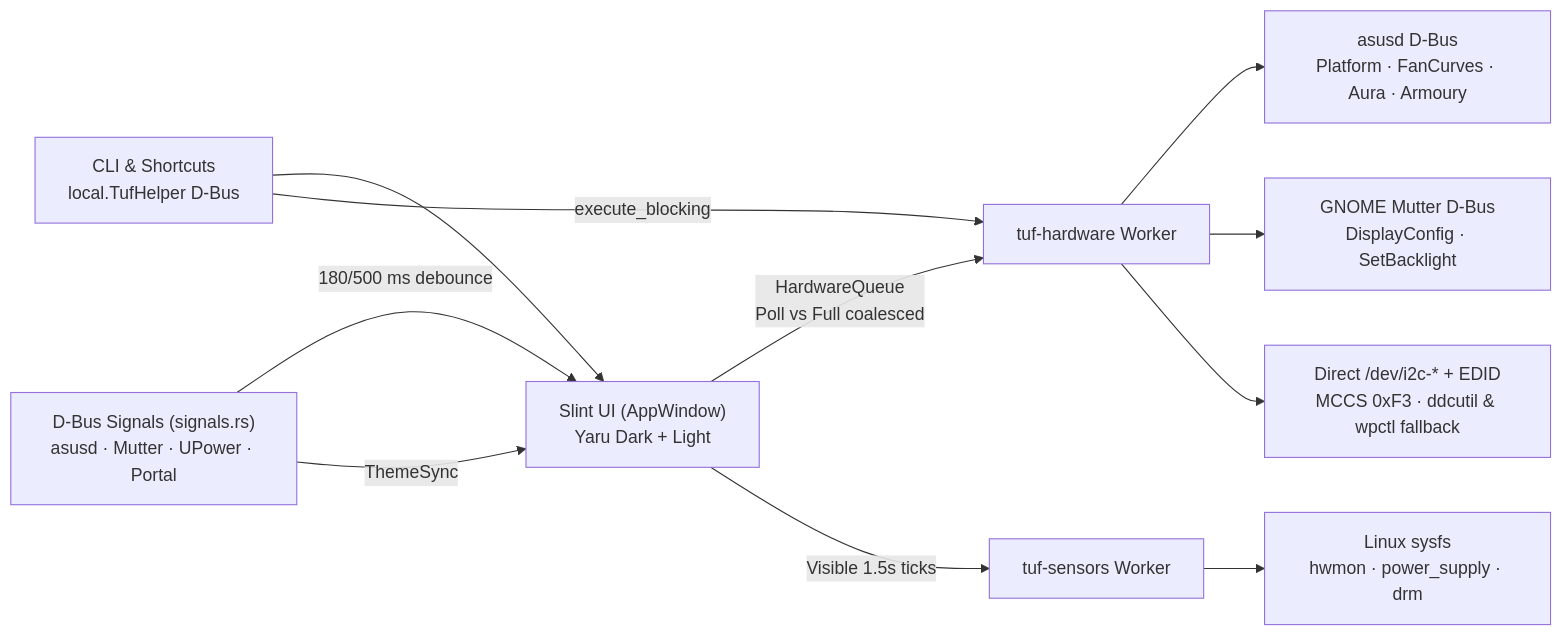
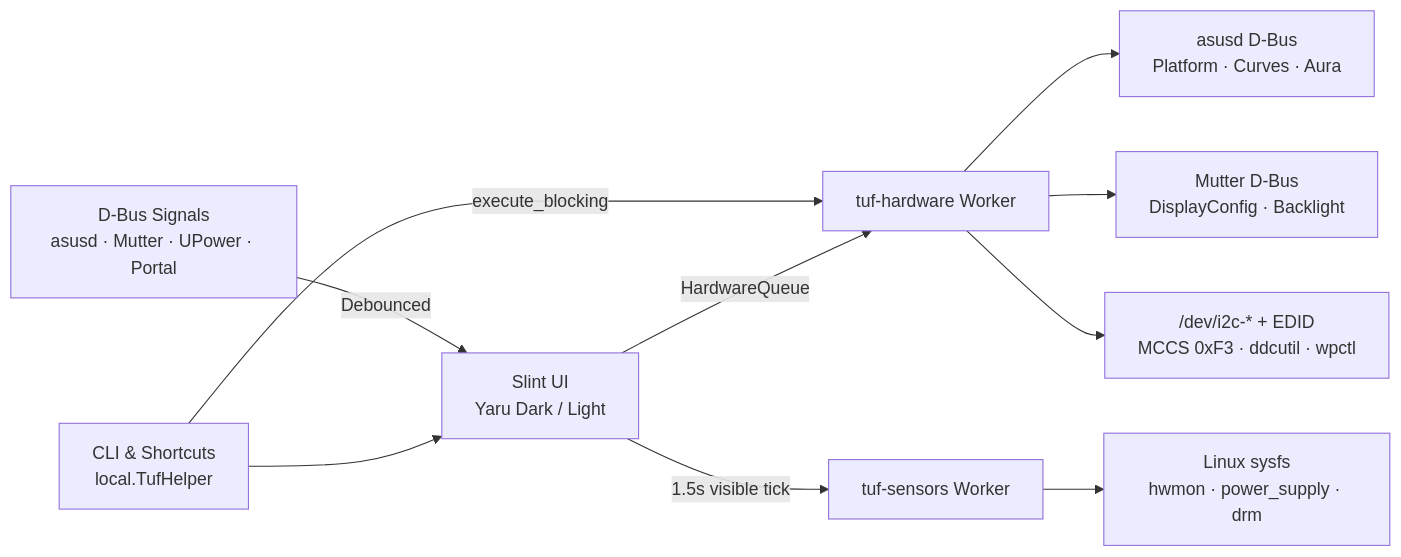
The diagram in README.md (nishantharkut/tuf-helper), drawn with Mermaid before and after one commit. The commit also changed other lines of this file, not shown here.

````diff
--- a/README.md
+++ b/README.md
@@ -105,15 +113,13 @@
 ```mermaid
 flowchart LR
-    CLI["CLI & Shortcuts<br/>local.TufHelper D-Bus"] --> UI["Slint UI (AppWindow)<br/>Yaru Dark + Light"]
-    SIG["D-Bus Signals (signals.rs)<br/>asusd · Mutter · UPower · Portal"] -->|"180/500 ms debounce"| UI
-    SIG -->|"ThemeSync"| UI
-    UI -->|"HardwareQueue<br/>Poll vs Full coalesced"| HW["tuf-hardware Worker"]
+    CLI["CLI & Shortcuts<br/>local.TufHelper"] --> UI["Slint UI<br/>Yaru Dark / Light"]
+    SIG["D-Bus Signals<br/>asusd · Mutter · UPower · Portal"] -->|"Debounced"| UI
+    UI -->|"HardwareQueue"| HW["tuf-hardware Worker"]
     CLI -->|"execute_blocking"| HW
-    UI -->|"Visible 1.5s ticks"| SENS["tuf-sensors Worker"]
+    UI -->|"1.5s visible tick"| SENS["tuf-sensors Worker"]
 
-    HW --> ASUS["asusd D-Bus<br/>Platform · FanCurves · Aura · Armoury"]
-    HW --> MUTTER["GNOME Mutter D-Bus<br/>DisplayConfig · SetBacklight"]
-    HW --> I2C["Direct /dev/i2c-* + EDID<br/>MCCS 0xF3 · ddcutil &amp; wpctl fallback"]
-
+    HW --> ASUS["asusd D-Bus<br/>Platform · Curves · Aura"]
+    HW --> MUTTER["Mutter D-Bus<br/>DisplayConfig · Backlight"]
+    HW --> I2C["/dev/i2c-* + EDID<br/>MCCS 0xF3 · ddcutil · wpctl"]
     SENS --> SYSFS["Linux sysfs<br/>hwmon · power_supply · drm"]
 ```
````
